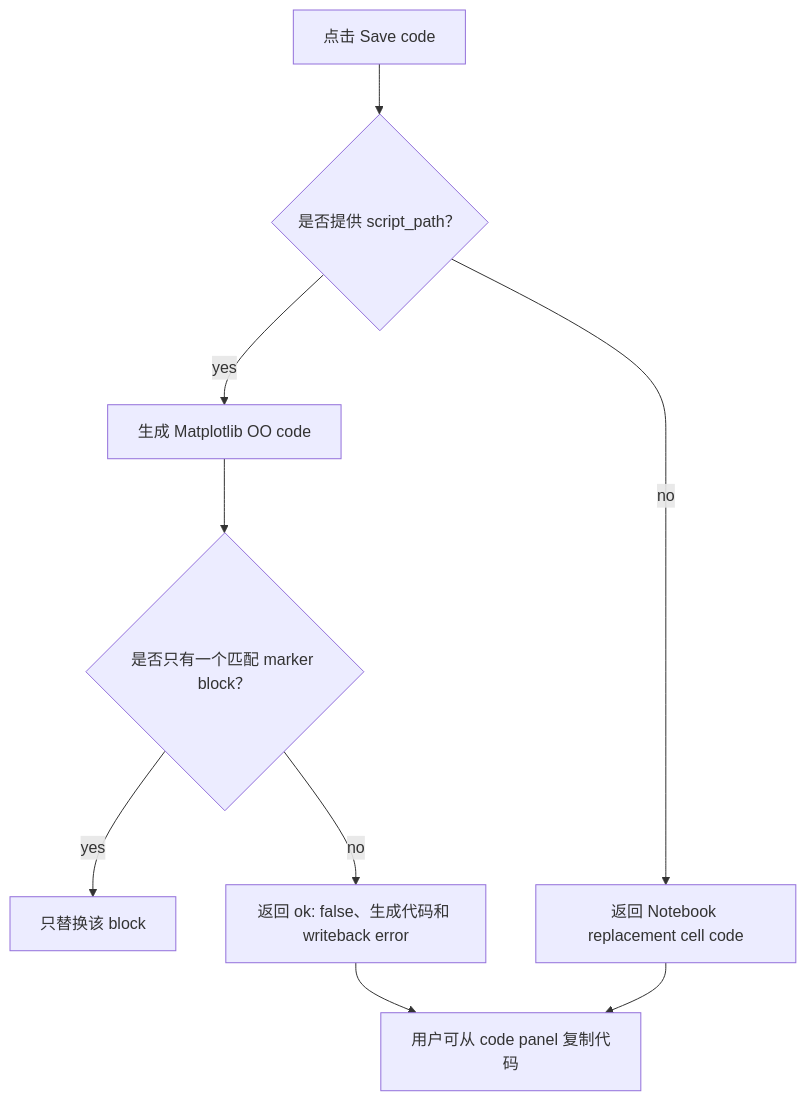
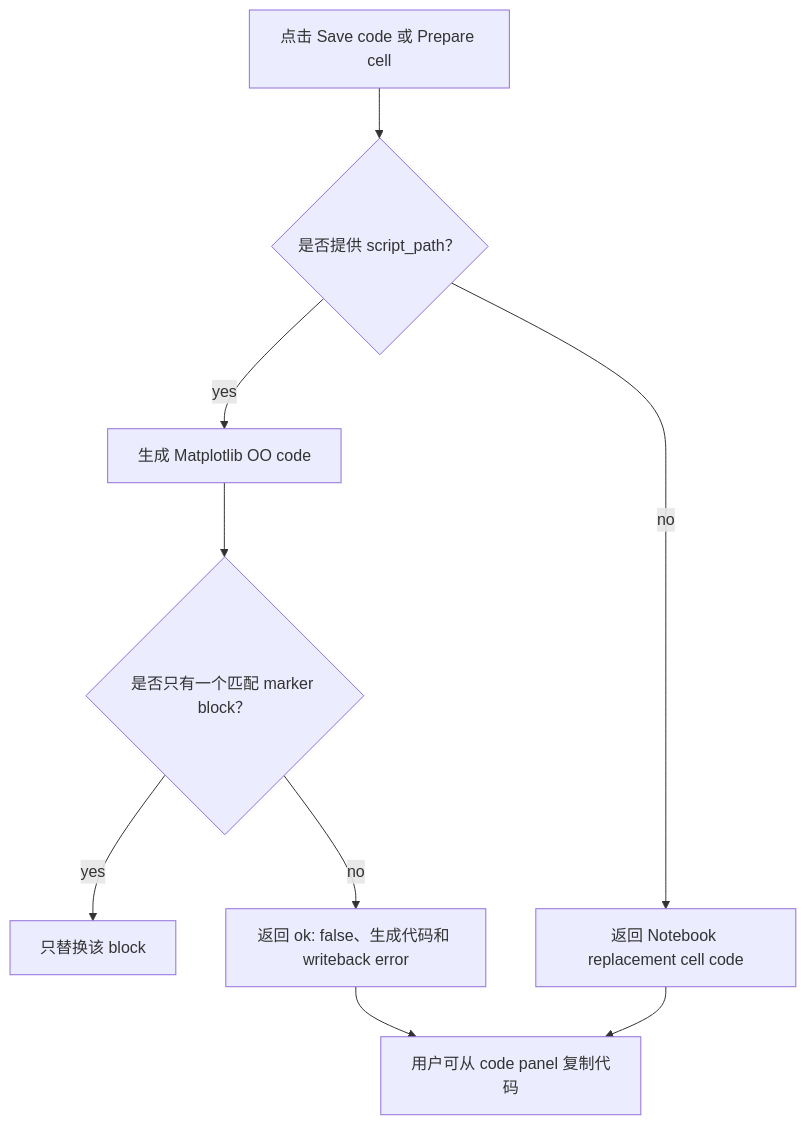
One commit to Isabelle20070607/figstudio changed the diagram in docs/zh/save-export-reuse.md. Above: the diagram before and after it, drawn with Mermaid. The commit also changed other lines of this file and 8 other files, not shown here.

````diff
--- a/docs/zh/save-export-reuse.md
+++ b/docs/zh/save-export-reuse.md
@@ -7,11 +7,11 @@
 ```mermaid
 flowchart TD
-  A["点击 Save code"] --> B{"是否提供 script_path？"}
+  A["点击 Save code 或 Prepare cell"] --> B{"是否提供 script_path？"}
   B -->|yes| C["生成 Matplotlib OO code"]
   C --> D{"是否只有一个匹配 marker block？"}
   D -->|yes| E["只替换该 block"]
   D -->|no| F["返回 ok: false、生成代码和 writeback error"]
   B -->|no| G["返回 Notebook replacement cell code"]
   F --> H["用户可从 code panel 复制代码"]
   G --> H
 ```
````
